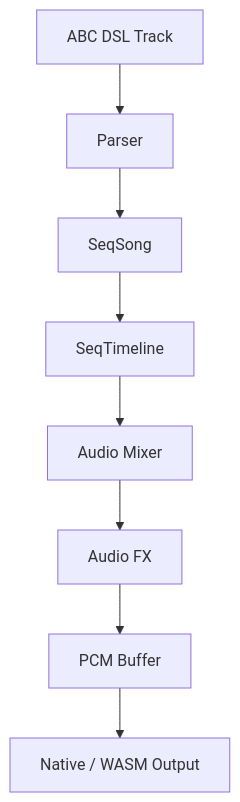
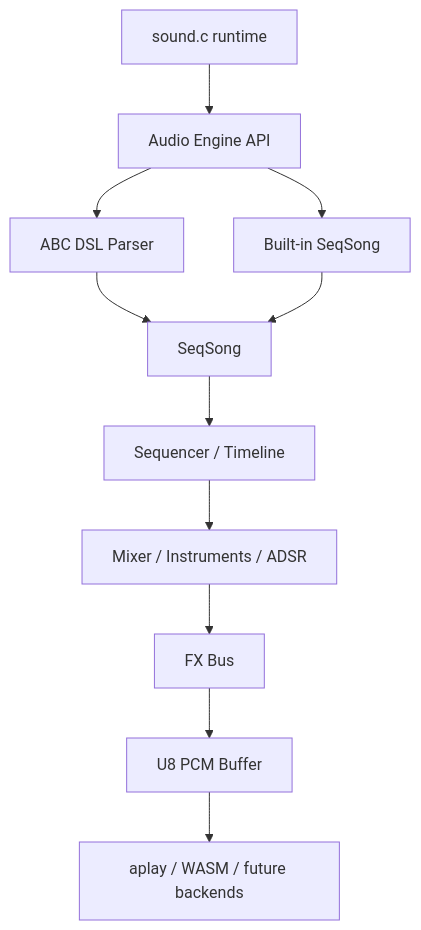
Before and after one commit to chussenot/memdeck: the diagram in docs/audio-architecture.md, drawn with Mermaid. The commit also changed other lines of this file and 17 other files, not shown here.

First line of the commit message:
Harden audio engine API and diagnostics

````diff
--- a/docs/audio-architecture.md
+++ b/docs/audio-architecture.md
@@ -12,10 +18,13 @@
 ```mermaid
 flowchart TD
-  ABC[ABC DSL Track] --> Parser
-  Parser --> Song[SeqSong]
-  Song --> Timeline[SeqTimeline]
-  Timeline --> Mixer[Audio Mixer]
-  Mixer --> FX[Audio FX]
-  FX --> PCM[PCM Buffer]
-  PCM --> Backend[Native / WASM Output]
+  Sound[sound.c runtime] --> Engine[Audio Engine API]
+  Engine --> ABC[ABC DSL Parser]
+  Engine --> Builtin[Built-in SeqSong]
+  ABC --> Song[SeqSong]
+  Builtin --> Song
+  Song --> Seq[Sequencer / Timeline]
+  Seq --> Mix[Mixer / Instruments / ADSR]
+  Mix --> FX[FX Bus]
+  FX --> PCM[U8 PCM Buffer]
+  PCM --> Backend[aplay / WASM / future backends]
 ```
````
